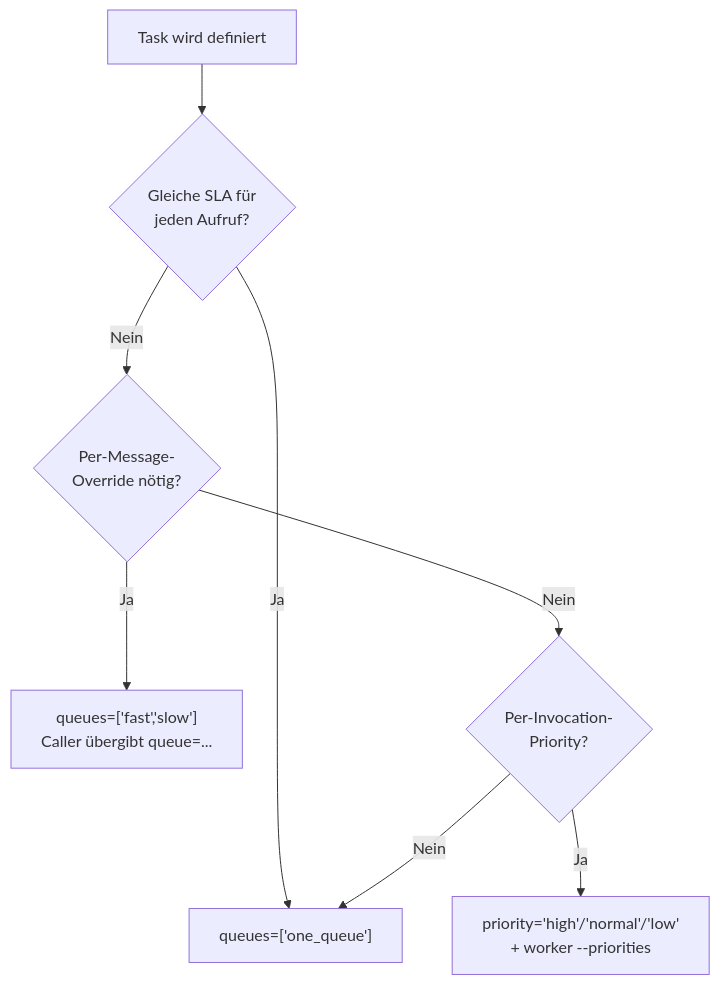
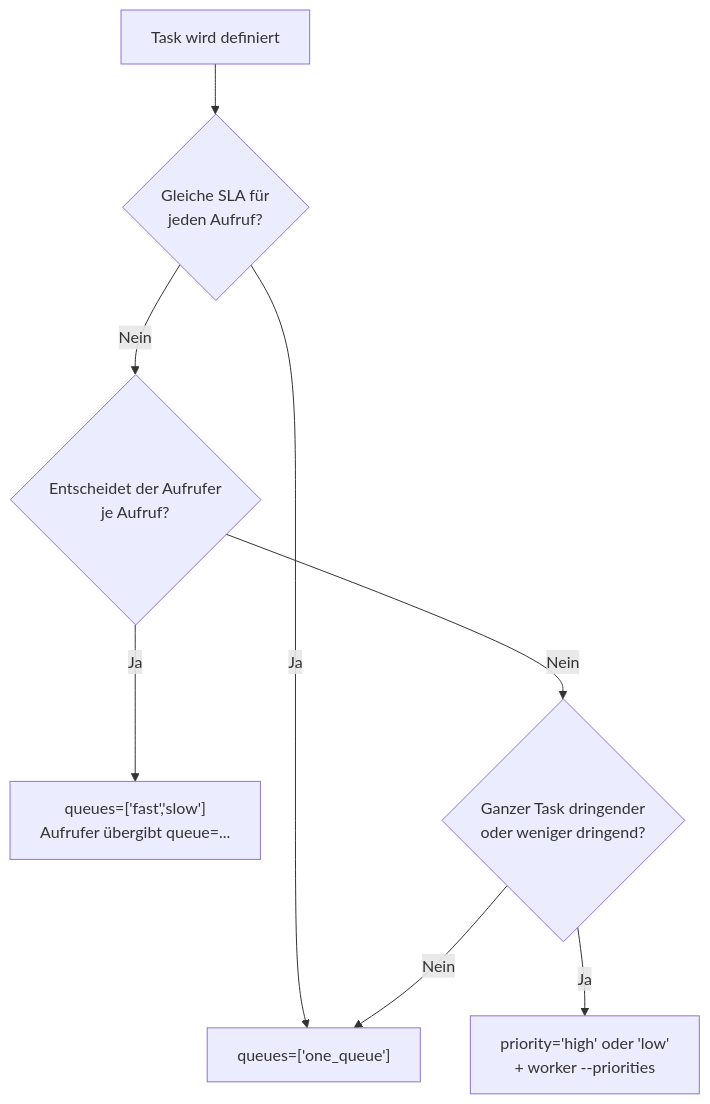
Before and after one commit to Schorschofwill/swarmq: the first of 9 diagrams in website/reference/agent/decision-trees.de.md, drawn with Mermaid. The commit also changed other lines of this file and 84 other files, not shown here.

````diff
--- a/website/reference/agent/decision-trees.de.md
+++ b/website/reference/agent/decision-trees.de.md
@@ -9,10 +9,10 @@
 ```mermaid
 flowchart TD
     A[Task wird definiert] --> B{Gleiche SLA für<br/>jeden Aufruf?}
     B -->|Ja| C["queues=['one_queue']"]
-    B -->|Nein| D{Per-Message-<br/>Override nötig?}
-    D -->|Ja| E["queues=['fast','slow']<br/>Caller übergibt queue=..."]
-    D -->|Nein| F{Per-Invocation-<br/>Priority?}
-    F -->|Ja| G["priority='high'/'normal'/'low'<br/>+ worker --priorities"]
+    B -->|Nein| D{Entscheidet der Aufrufer<br/>je Aufruf?}
+    D -->|Ja| E["queues=['fast','slow']<br/>Aufrufer übergibt queue=..."]
+    D -->|Nein| F{Ganzer Task dringender<br/>oder weniger dringend?}
+    F -->|Ja| G["priority='high' oder 'low'<br/>+ worker --priorities"]
     F -->|Nein| C
 ```
````
